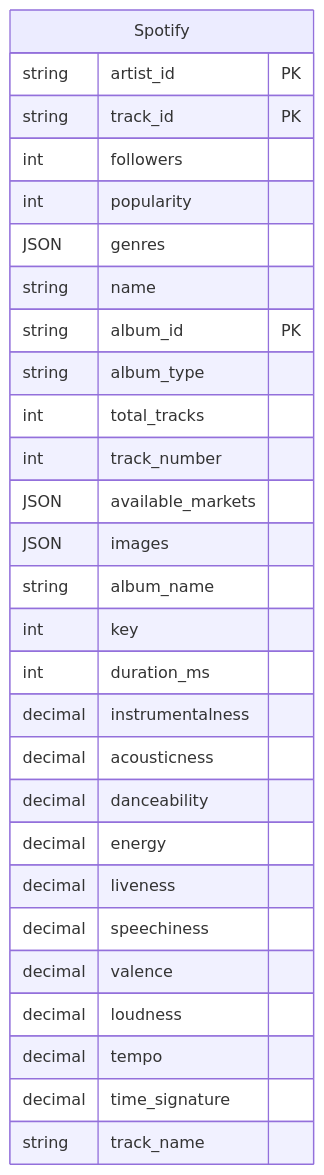
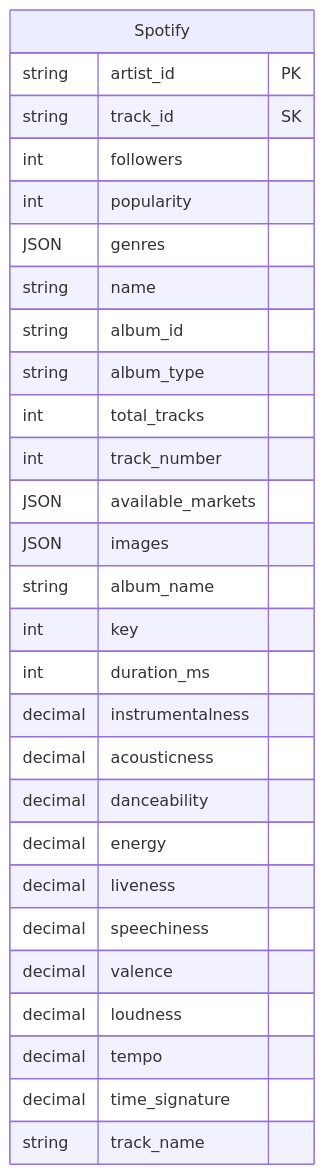
The third of 3 diagrams in flowchart.md (michaelareyes/608-spotify-app), drawn with Mermaid before and after one commit.

Commit message:
update flowchart.md - keys for ERD

````diff
--- a/flowchart.md
+++ b/flowchart.md
@@ -57,43 +57,43 @@
 ```mermaid
 
 %%{init: {
   "theme": "default",
   "themeCSS": [
     ".er.relationshipLabel { fill: black; }", 
     ".er.relationshipLabelBox { fill: white; }", 
     "[id^=entity-Spotify] .er.entityBox { fill: pink; }"
     ]
 }}%%
 erDiagram
     Spotify 
 
     Spotify {
         string artist_id "PK"
-        string track_id "PK"
+        string track_id "SK"
         int followers ""
         int popularity ""
         JSON genres ""
         string name ""
-        string album_id "PK"
+        string album_id ""
         string album_type ""
         int total_tracks ""
         int track_number ""
         JSON available_markets ""
         JSON images ""
         string album_name ""
         int key ""
         int duration_ms ""
         decimal instrumentalness ""
         decimal acousticness ""
         decimal danceability ""
         decimal energy ""
         decimal liveness ""
         decimal speechiness ""
         decimal valence ""
         decimal loudness ""
         decimal tempo ""
         decimal time_signature ""
         string track_name ""
     }
     
 ```
````
